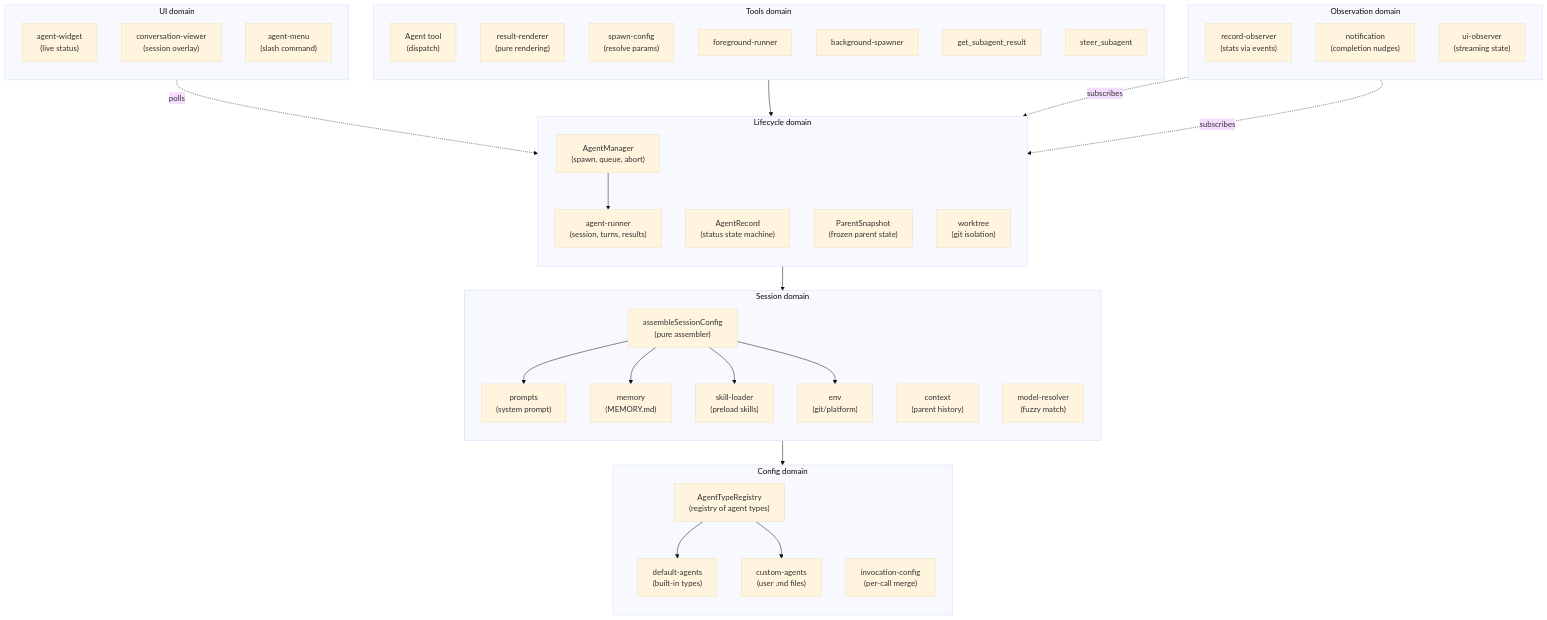
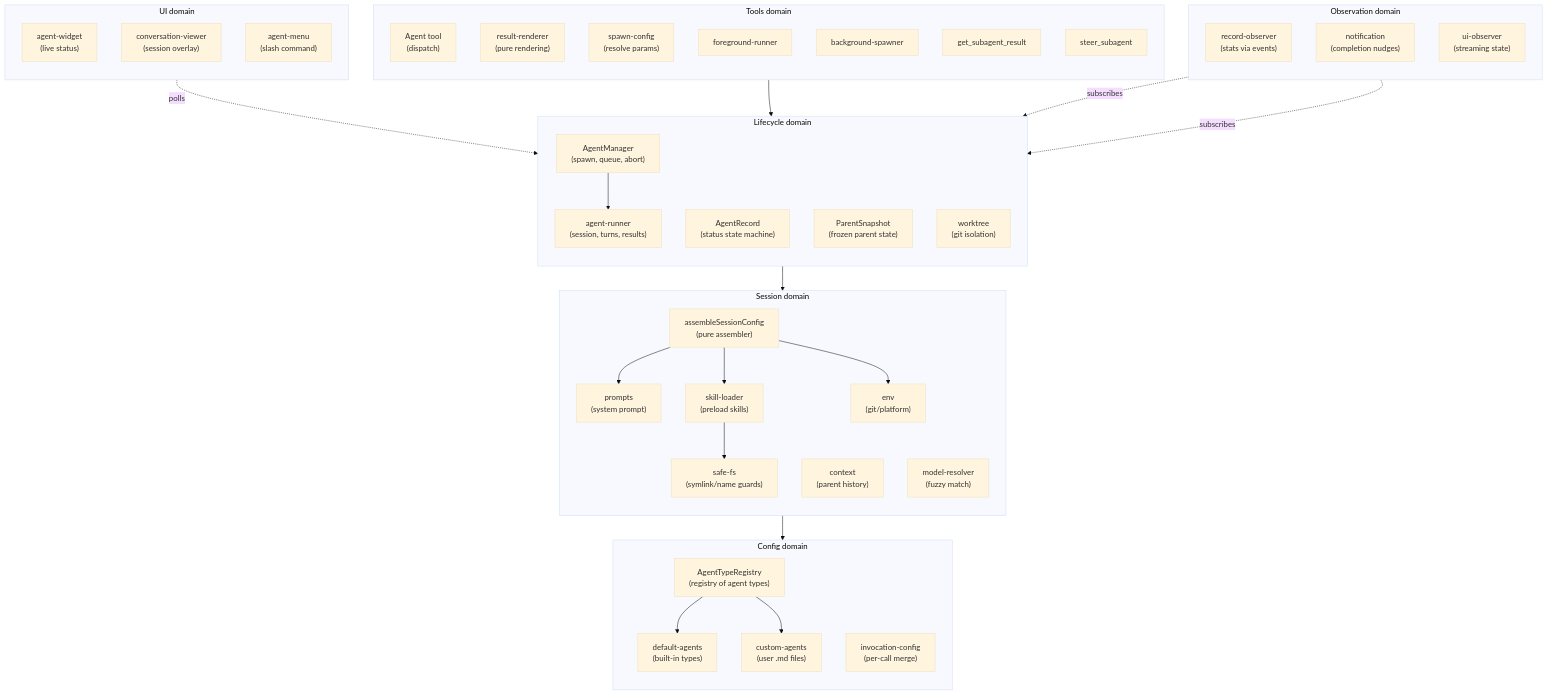
The first of 6 diagrams in docs/architecture/architecture.md (ttdua/pi-subagents), drawn with Mermaid (base theme) before and after one commit. The commit also changed other lines of this file, not shown here.

Commit message:
docs: update architecture after memory removal

````diff
--- a/docs/architecture/architecture.md
+++ b/docs/architecture/architecture.md
@@ -30,65 +30,66 @@
 ```mermaid
 flowchart TB
     subgraph config["Config domain"]
         direction TB
         AgentTypeRegistry["AgentTypeRegistry\n(registry of agent types)"]
         DefaultAgents["default-agents\n(built-in types)"]
         CustomAgents["custom-agents\n(user .md files)"]
         InvocationConfig["invocation-config\n(per-call merge)"]
     end
 
     subgraph session["Session domain"]
         direction TB
         SessionConfig["assembleSessionConfig\n(pure assembler)"]
         Prompts["prompts\n(system prompt)"]
         Context["context\n(parent history)"]
-        Memory["memory\n(MEMORY.md)"]
+        SafeFs["safe-fs\n(symlink/name guards)"]
         SkillLoader["skill-loader\n(preload skills)"]
         Env["env\n(git/platform)"]
         ModelResolver["model-resolver\n(fuzzy match)"]
     end
 
     subgraph lifecycle["Lifecycle domain"]
         direction TB
         AgentManager["AgentManager\n(spawn, queue, abort)"]
         AgentRunner["agent-runner\n(session, turns, results)"]
         AgentRecord["AgentRecord\n(status state machine)"]
         ParentSnapshot["ParentSnapshot\n(frozen parent state)"]
         Worktree["worktree\n(git isolation)"]
     end
 
     subgraph observation["Observation domain"]
         direction TB
         RecordObserver["record-observer\n(stats via events)"]
         Notification["notification\n(completion nudges)"]
         UIObserver["ui-observer\n(streaming state)"]
     end
 
     subgraph tools["Tools domain"]
         direction TB
         AgentTool["Agent tool\n(dispatch)"]
         ResultRenderer["result-renderer\n(pure rendering)"]
         SpawnConfig["spawn-config\n(resolve params)"]
         FgRunner["foreground-runner"]
         BgSpawner["background-spawner"]
         GetResult["get_subagent_result"]
         Steer["steer_subagent"]
     end
 
     subgraph ui["UI domain"]
         direction TB
         Widget["agent-widget\n(live status)"]
         ConvViewer["conversation-viewer\n(session overlay)"]
         Menu["agent-menu\n(slash command)"]
     end
 
     AgentTool --> AgentManager
     AgentManager --> AgentRunner
     AgentRunner --> SessionConfig
     SessionConfig --> AgentTypeRegistry
-    SessionConfig --> Prompts & Memory & SkillLoader & Env
+    SessionConfig --> Prompts & SkillLoader & Env
+    SkillLoader --> SafeFs
     AgentTypeRegistry --> DefaultAgents & CustomAgents
     RecordObserver -.->|subscribes| AgentRunner
     UIObserver -.->|subscribes| AgentRunner
     Widget -.->|polls| AgentManager
 ```
````
